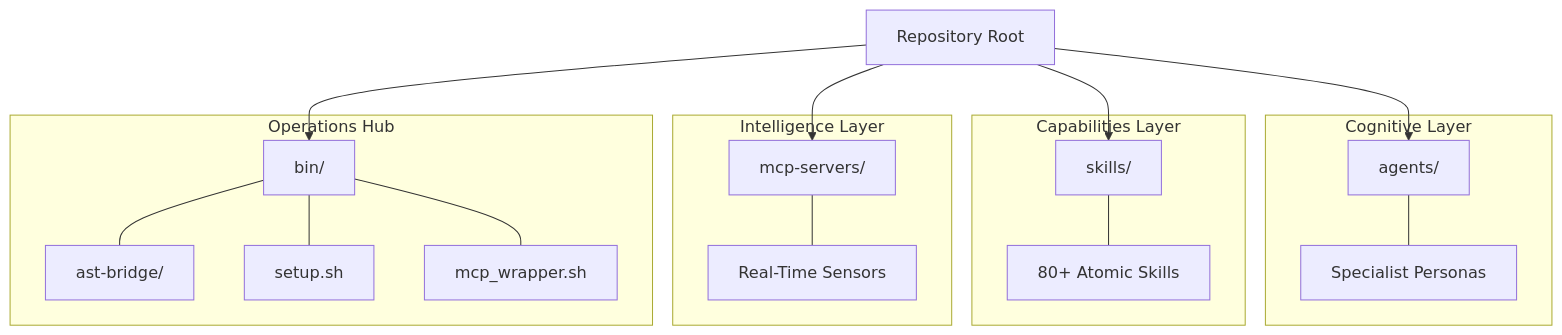
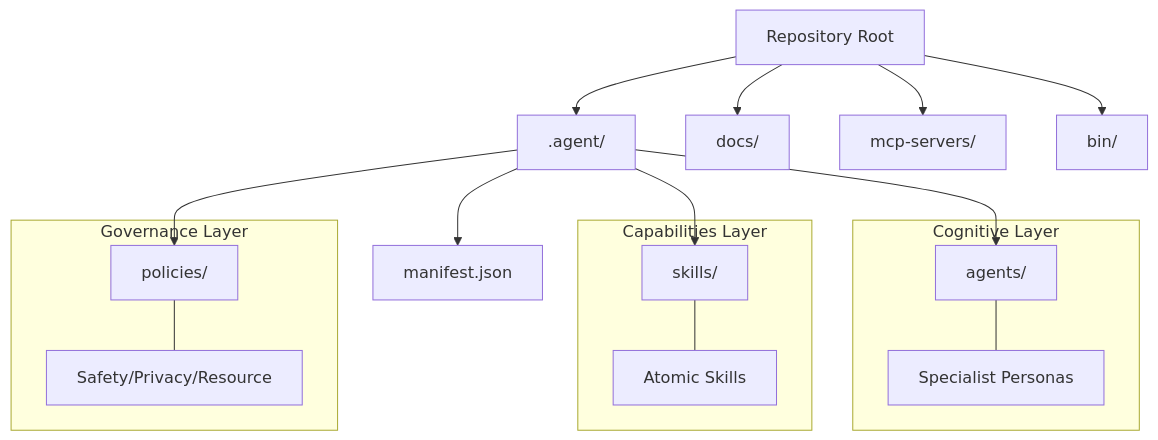
Before and after one commit to rb1whitney/agentic-project-factory: the first of 3 diagrams in docs/repository-architecture.md, drawn with Mermaid. The commit also changed other lines of this file and 22 other files, not shown here.

````diff
--- a/docs/repository-architecture.md
+++ b/docs/repository-architecture.md
@@ -9,26 +9,25 @@
 ```mermaid
 graph TD
     Root[Repository Root]
-    Root --> Agents[agents/]
-    Root --> Skills[skills/]
+    Root --> Hub[.agent/]
+    Root --> Docs[docs/]
     Root --> MCP[mcp-servers/]
     Root --> Bin[bin/]
+
+    Hub --> Agents[agents/]
+    Hub --> Skills[skills/]
+    Hub --> Policies[policies/]
+    Hub --> Manifest[manifest.json]
 
     subgraph "Cognitive Layer"
         Agents --- Manuals[Specialist Personas]
     end
 
     subgraph "Capabilities Layer"
-        Skills --- ExpertFunctions[80+ Atomic Skills]
+        Skills --- ExpertFunctions[Atomic Skills]
     end
 
-    subgraph "Intelligence Layer"
-        MCP --- GroundTruth[Real-Time Sensors]
-    end
-
-    subgraph "Operations Hub"
-        Bin --- AST[ast-bridge/]
-        Bin --- Setup[setup.sh]
-        Bin --- Wrapper[mcp_wrapper.sh]
+    subgraph "Governance Layer"
+        Policies --- LethalTrifecta[Safety/Privacy/Resource]
     end
 ```
````
